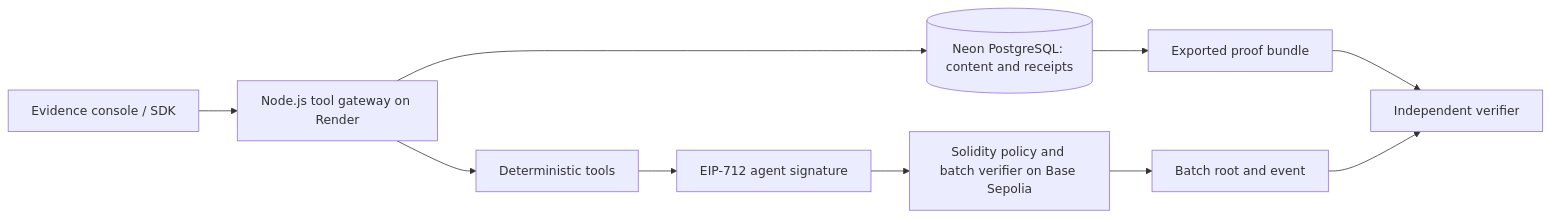
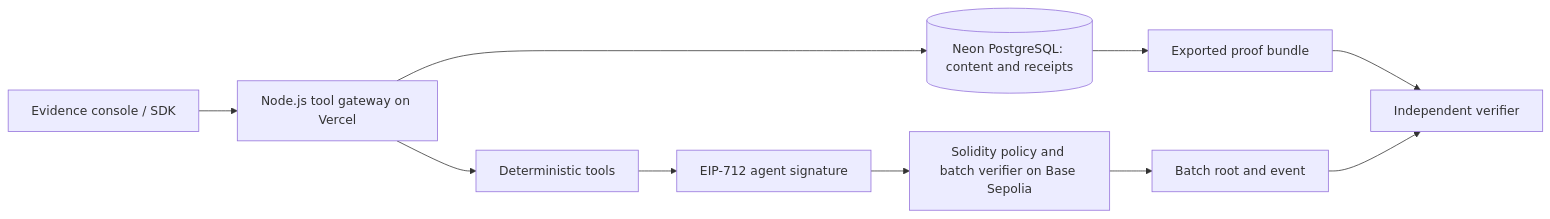
One commit to mitraboga/Prooflane changed the diagram in README.md. Above: the diagram before and after it, drawn with Mermaid. The commit also changed other lines of this file and 18 other files, not shown here.

````diff
--- a/README.md
+++ b/README.md
@@ -65,12 +65,12 @@
 ```mermaid
 flowchart LR
-  UI[Evidence console / SDK] --> API[Node.js tool gateway on Render]
+  UI[Evidence console / SDK] --> API[Node.js tool gateway on Vercel]
   API --> DB[(Neon PostgreSQL: content and receipts)]
   API --> T[Deterministic tools]
   T --> S[EIP-712 agent signature]
   S --> C[Solidity policy and batch verifier on Base Sepolia]
   C --> E[Batch root and event]
   DB --> B[Exported proof bundle]
   B --> V[Independent verifier]
   E --> V
 ```
````
